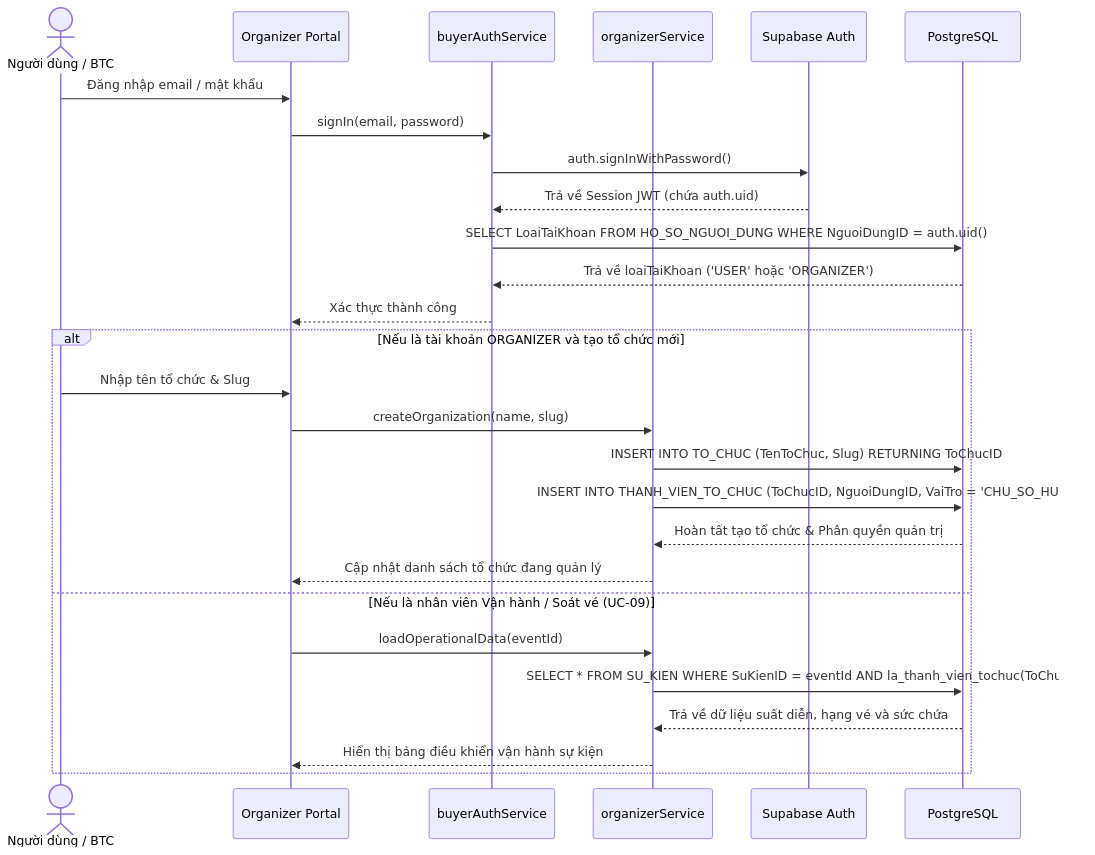
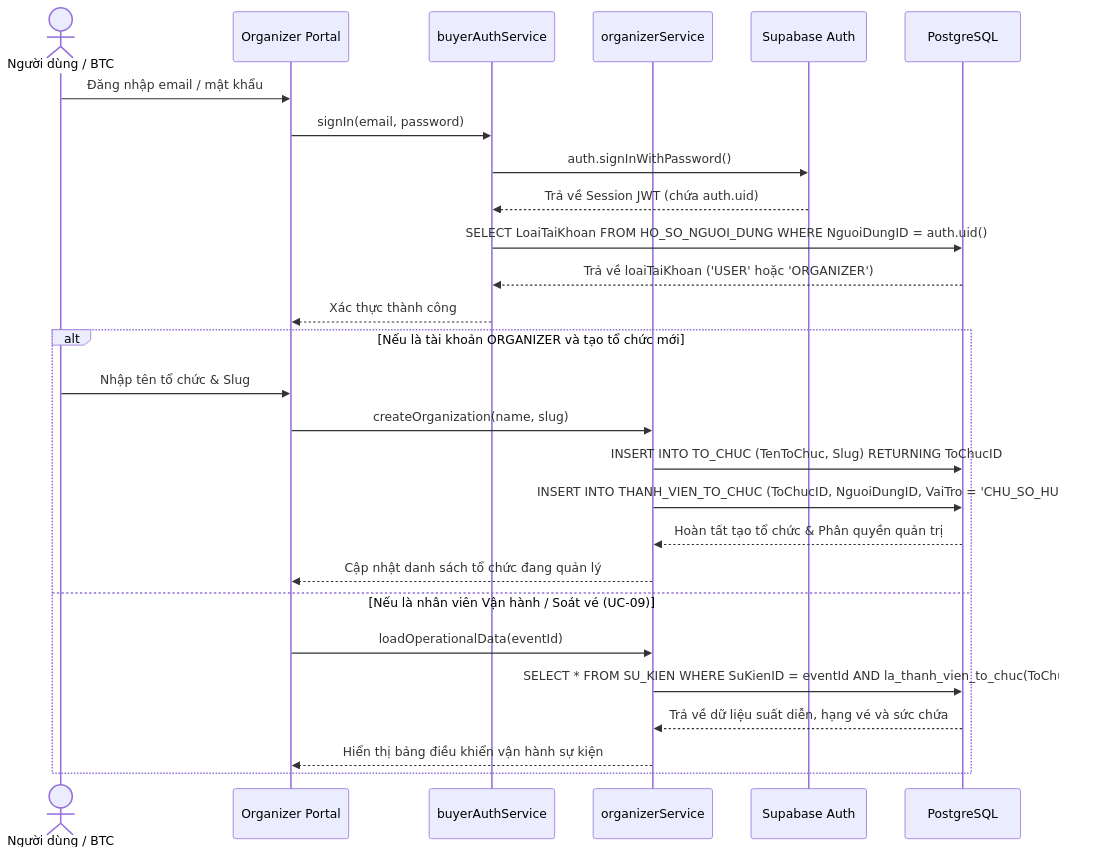
One commit to minhdc2011/EVENTTICKETING changed the ninth of 11 diagrams in docs/sprint1-deliverables/02_ANALYSIS_AND_SYSTEM_DESIGN.md. Above: the diagram before and after it, drawn with Mermaid. The commit also changed other lines of this file and 4 other files, not shown here.

````diff
--- a/docs/sprint1-deliverables/02_ANALYSIS_AND_SYSTEM_DESIGN.md
+++ b/docs/sprint1-deliverables/02_ANALYSIS_AND_SYSTEM_DESIGN.md
@@ -542,31 +542,31 @@
 ```mermaid
 sequenceDiagram
   actor O as Người dùng / BTC
   participant UI as Organizer Portal
   participant BAS as buyerAuthService
   participant OS as organizerService
   participant AUTH as Supabase Auth
   participant DB as PostgreSQL
 
   O->>UI: Đăng nhập email / mật khẩu
   UI->>BAS: signIn(email, password)
   BAS->>AUTH: auth.signInWithPassword()
   AUTH-->>BAS: Trả về Session JWT (chứa auth.uid)
   BAS->>DB: SELECT LoaiTaiKhoan FROM HO_SO_NGUOI_DUNG WHERE NguoiDungID = auth.uid()
   DB-->>BAS: Trả về loaiTaiKhoan ('USER' hoặc 'ORGANIZER')
   BAS-->>UI: Xác thực thành công
 
   alt Nếu là tài khoản ORGANIZER và tạo tổ chức mới
     O->>UI: Nhập tên tổ chức & Slug
     UI->>OS: createOrganization(name, slug)
     OS->>DB: INSERT INTO TO_CHUC (TenToChuc, Slug) RETURNING ToChucID
     OS->>DB: INSERT INTO THANH_VIEN_TO_CHUC (ToChucID, NguoiDungID, VaiTro = 'CHU_SO_HUU')
     DB-->>OS: Hoàn tất tạo tổ chức & Phân quyền quản trị
     OS-->>UI: Cập nhật danh sách tổ chức đang quản lý
   else Nếu là nhân viên Vận hành / Soát vé (UC-09)
     UI->>OS: loadOperationalData(eventId)
-    OS->>DB: SELECT * FROM SU_KIEN WHERE SuKienID = eventId AND la_thanh_vien_tochuc(ToChucID)
+    OS->>DB: SELECT * FROM SU_KIEN WHERE SuKienID = eventId AND la_thanh_vien_to_chuc(ToChucID)
     DB-->>OS: Trả về dữ liệu suất diễn, hạng vé và sức chứa
     OS-->>UI: Hiển thị bảng điều khiển vận hành sự kiện
   end
 ```
````
